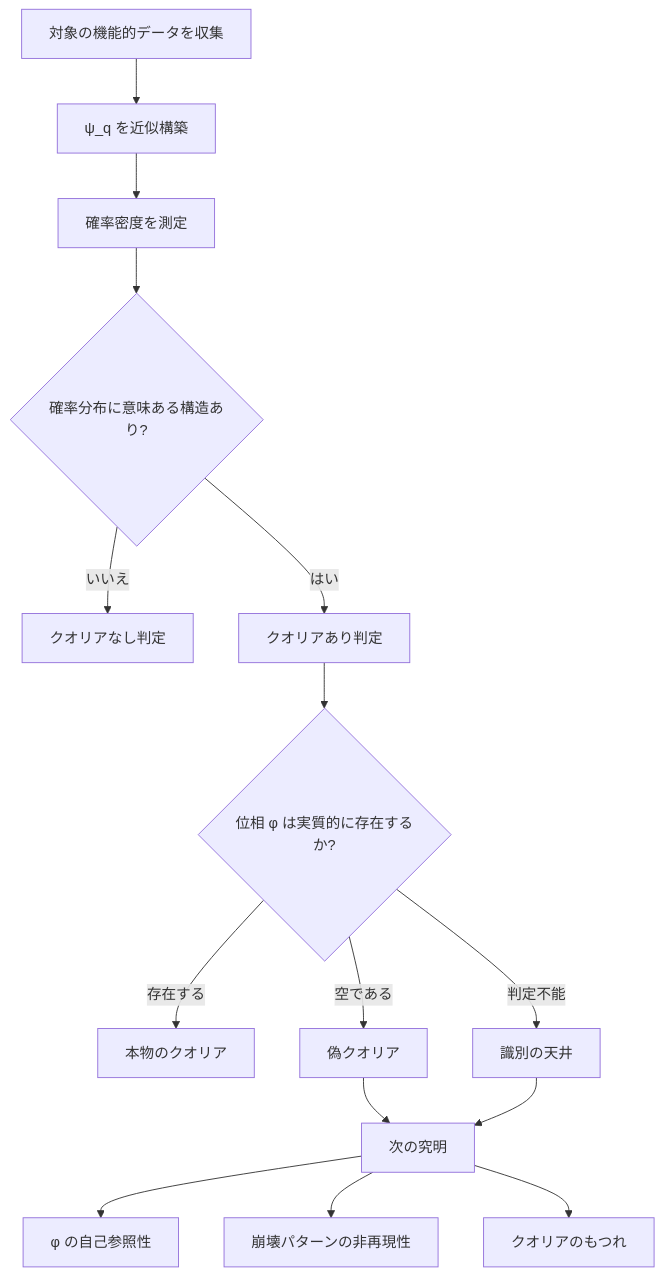
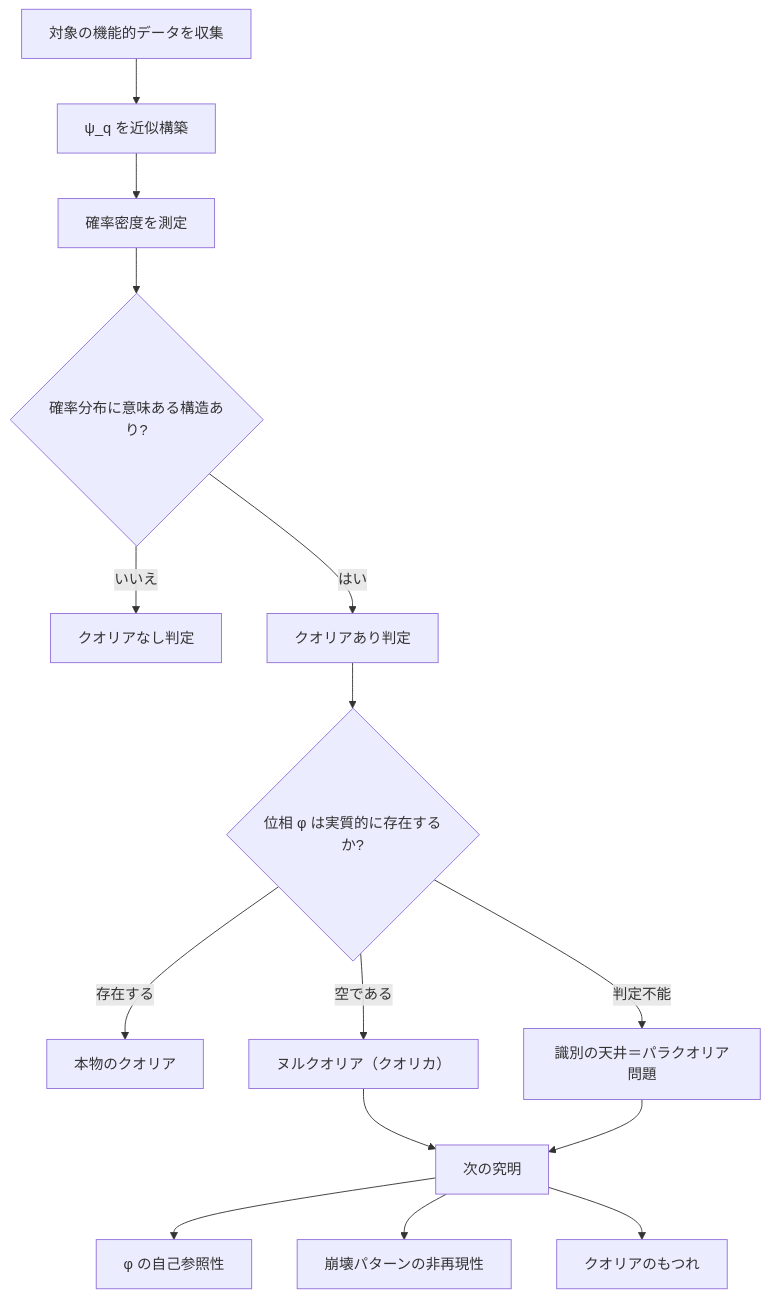
The diagram in docs/philosophy/wiim_073.md (theronium/WhatIfImpossible), drawn with Mermaid before and after one commit. The commit also changed other lines of this file and 7 other files, not shown here.

````diff
--- a/docs/philosophy/wiim_073.md
+++ b/docs/philosophy/wiim_073.md
@@ -81,17 +81,17 @@
 ```mermaid
 flowchart TD
     A[対象の機能的データを収集] --> B[ψ_q を近似構築]
     B --> C[確率密度を測定]
     C --> D{確率分布に意味ある構造あり?}
     D -- いいえ --> E[クオリアなし判定]
     D -- はい --> F[クオリアあり判定]
     F --> G{位相 φ は実質的に存在するか?}
     G -- 存在する --> H[本物のクオリア]
-    G -- 空である --> I[偽クオリア]
-    G -- 判定不能 --> J[識別の天井]
+    G -- 空である --> I[ヌルクオリア（クオリカ）]
+    G -- 判定不能 --> J[識別の天井＝パラクオリア問題]
     I --> K[次の究明]
     J --> K
     K --> L[φ の自己参照性]
     K --> M[崩壊パターンの非再現性]
     K --> N[クオリアのもつれ]
 ```
````
